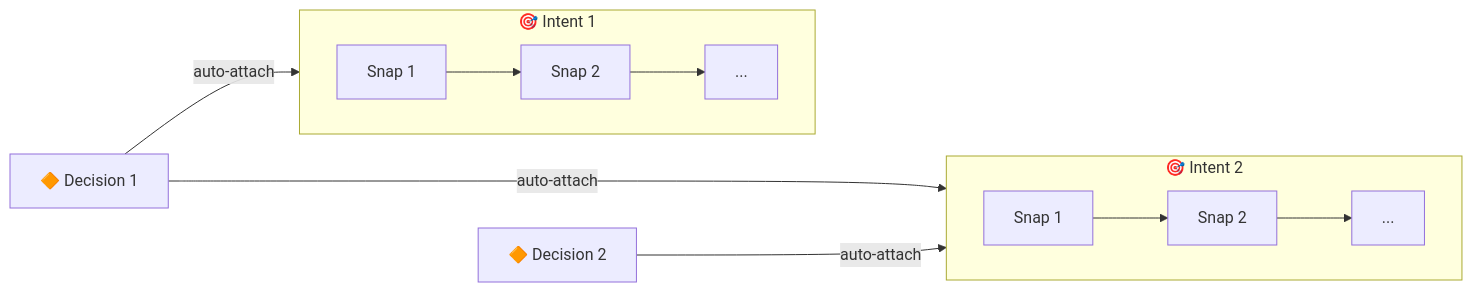
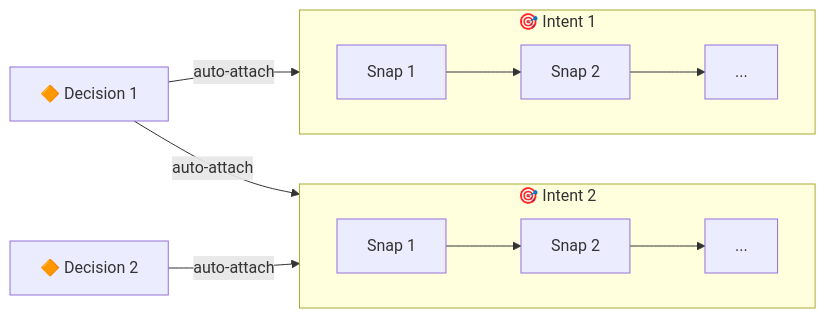
Before and after one commit to dozybot001/Intent: the second of 2 diagrams in README.CN.md, drawn with Mermaid. The commit also changed 1 other file, not shown here.

Commit message:
Remove ~~~ between D1/D2 — it forces horizontal layout in flowchart LR

````diff
--- a/README.CN.md
+++ b/README.CN.md
@@ -56,20 +56,19 @@
 ```mermaid
 flowchart LR
   D1["🔶 Decision 1"]
   D2["🔶 Decision 2"]
-  D1 ~~~ D2
 
   subgraph Intent1["🎯 Intent 1"]
     direction LR
     S1["Snap 1"] --> S2["Snap 2"] --> S3["..."]
   end
 
   subgraph Intent2["🎯 Intent 2"]
     direction LR
     S4["Snap 1"] --> S5["Snap 2"] --> S6["..."]
   end
 
   D1 -- auto-attach --> Intent1
   D1 -- auto-attach --> Intent2
   D2 -- auto-attach --> Intent2
 ```
````
